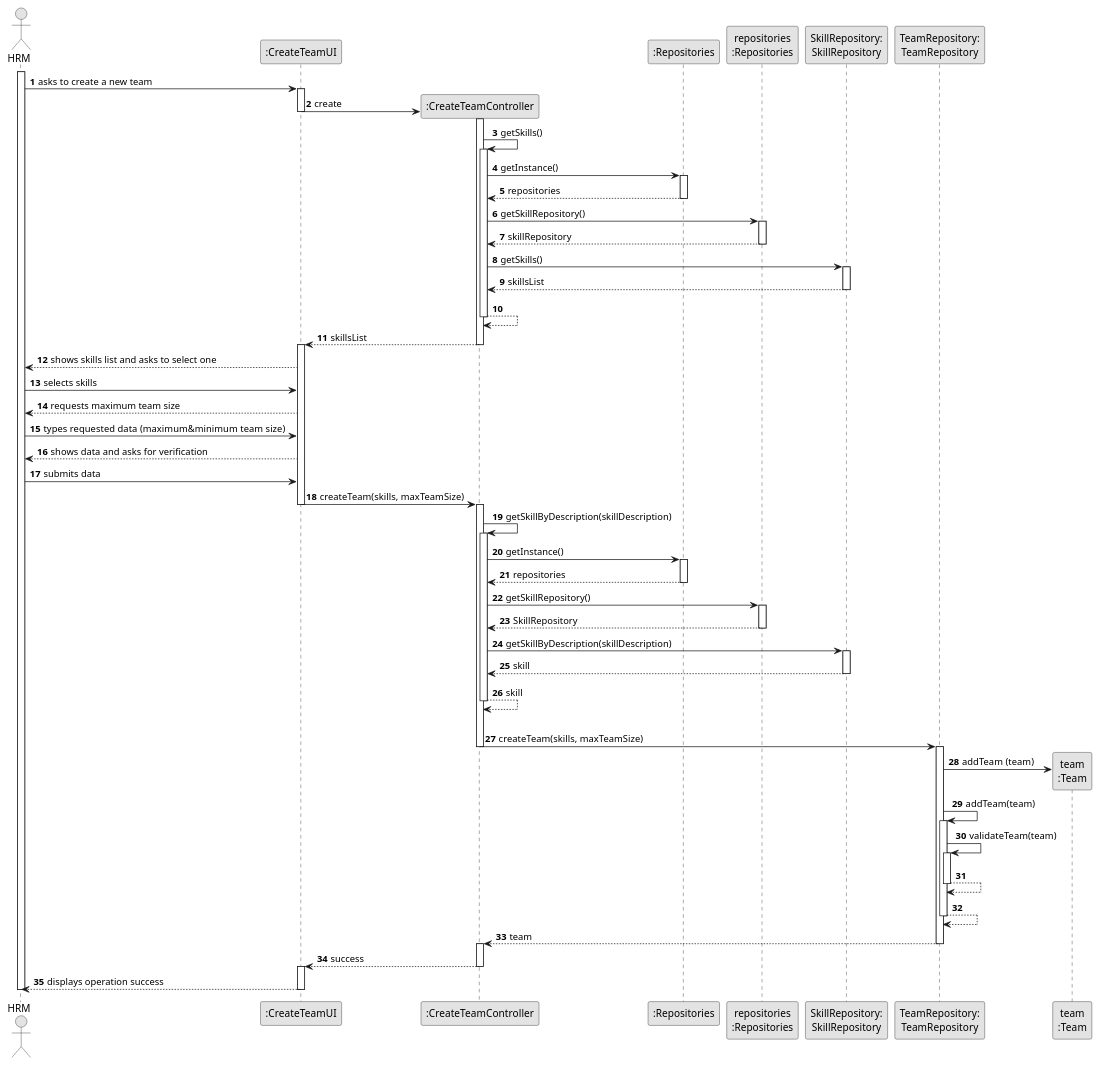
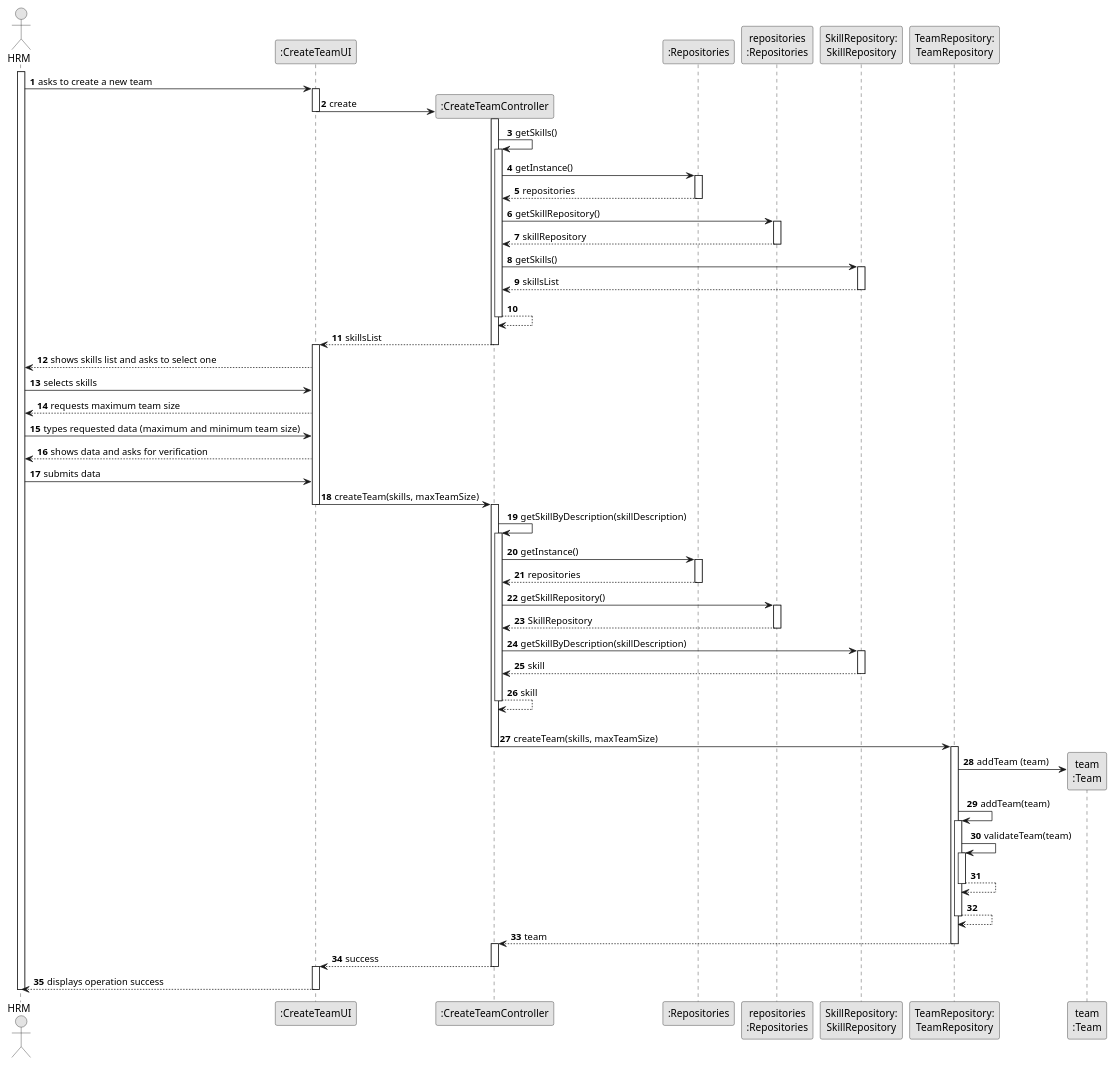
The diagram in docs/sprintB/us005/03.design/puml/us005-sequence-diagram-full.puml (ricardomm7/leaflink), drawn with PlantUML before and after one commit.

Commit message:
LFC2-140 Corrected information after sprint A evaluation

```diff
--- a/docs/sprintB/us005/03.design/puml/us005-sequence-diagram-full.puml
+++ b/docs/sprintB/us005/03.design/puml/us005-sequence-diagram-full.puml
@@ -1,127 +1,127 @@
 @startuml
 skinparam monochrome true
 skinparam packageStyle rectangle
 skinparam shadowing false
 
 autonumber
 
 'hide footbox
 actor "HRM" as ADM
 participant ":CreateTeamUI" as UI
 participant ":CreateTeamController" as CTRL
 participant ":Repositories" as RepositorySingleton
 participant "repositories\n:Repositories" as PLAT
 participant "SkillRepository:\nSkillRepository" as SkillRepository
 participant "TeamRepository:\nTeamRepository" as TeamRepository
 participant "team\n:Team" as Team
 
 activate ADM
 
     ADM -> UI : asks to create a new team
     activate UI
 
                 UI -> CTRL** : create
                 deactivate UI
                 activate CTRL
 
                     CTRL -> CTRL : getSkills()
                     activate CTRL
 
                     CTRL -> RepositorySingleton : getInstance()
                     activate RepositorySingleton
 
                         RepositorySingleton --> CTRL: repositories
                     deactivate RepositorySingleton
 
                     CTRL -> PLAT : getSkillRepository()
                     activate PLAT
 
                         PLAT --> CTRL: skillRepository
                     deactivate PLAT
 
                     CTRL -> SkillRepository : getSkills()
                     activate SkillRepository
 
                         SkillRepository --> CTRL : skillsList
                     deactivate SkillRepository
 
                     CTRL --> CTRL
                     deactivate CTRL
 
                     CTRL --> UI : skillsList
                                         deactivate CTRL
 
                     activate UI
 
                 UI --> ADM : shows skills list and asks to select one
 
         ADM -> UI : selects skills
 
         UI --> ADM : requests maximum team size
 
-    ADM -> UI : types requested data (maximum&minimum  team size)
+    ADM -> UI : types requested data (maximum and minimum  team size)
 
         UI --> ADM : shows data and asks for verification
 
     ADM -> UI : submits data
 
         UI -> CTRL : createTeam(skills, maxTeamSize)
         deactivate UI
         activate CTRL
 
             CTRL -> CTRL : getSkillByDescription(skillDescription)
             activate CTRL
 
                 CTRL -> RepositorySingleton : getInstance()
                 activate RepositorySingleton
 
                     RepositorySingleton --> CTRL: repositories
                 deactivate RepositorySingleton
 
                 CTRL -> PLAT : getSkillRepository()
                 activate PLAT
 
                     PLAT --> CTRL : SkillRepository
                 deactivate PLAT
 
                 CTRL -> SkillRepository : getSkillByDescription(skillDescription)
                 activate SkillRepository
 
                     SkillRepository --> CTRL : skill
                 deactivate SkillRepository
                     CTRL --> CTRL : skill
             deactivate CTRL
 
 
             |||
                 CTRL -> TeamRepository: createTeam(skills, maxTeamSize)
                 deactivate CTRL
                 activate TeamRepository
 
                 TeamRepository -> Team**: addTeam (team)
 
                     TeamRepository -> TeamRepository: addTeam(team)
                     activate TeamRepository
                         TeamRepository -> TeamRepository: validateTeam(team)
                         activate TeamRepository
                             TeamRepository --> TeamRepository
                             deactivate TeamRepository
 
                     TeamRepository --> TeamRepository
                 deactivate TeamRepository
 
             TeamRepository --> CTRL: team
             deactivate TeamRepository
             activate CTRL
 
 
             CTRL --> UI : success
             deactivate CTRL
             activate UI
 
             UI --> ADM: displays operation success
     deactivate UI
 
 deactivate ADM
 
 @enduml
```
